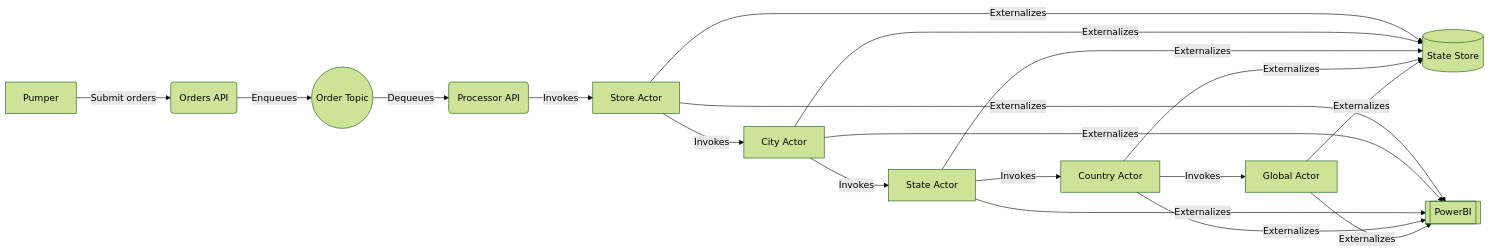
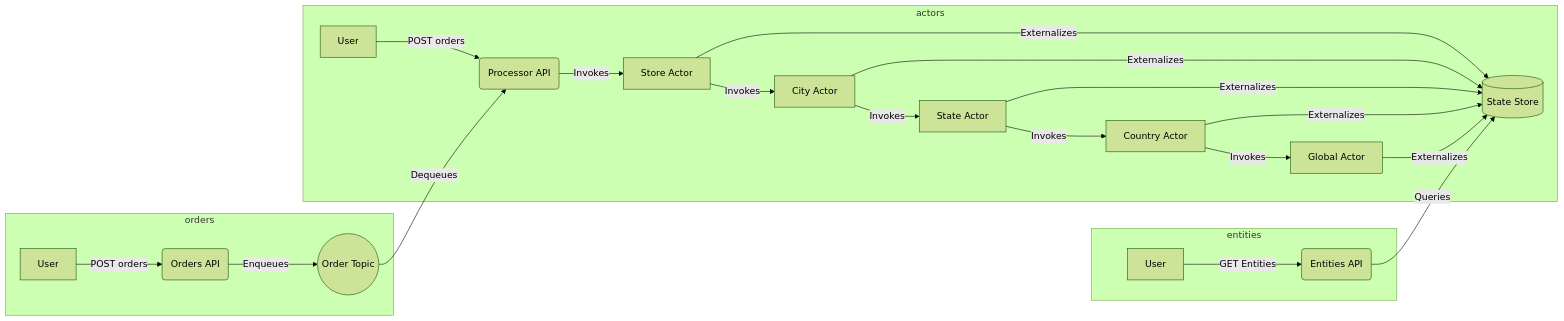
The diagram in README.md (khaledhikmat/store-manager), drawn with Mermaid (forest theme) before and after one commit. The commit also changed other lines of this file, not shown here.

Commit message:
Improved Mermaid

````diff
--- a/README.md
+++ b/README.md
@@ -1,21 +1,25 @@
 ```mermaid
 graph LR
-    A[Pumper] -->|Submit orders| B(Orders API)
-    B --> |Enqueues| C((Order Topic))
+    subgraph orders
+    A[User] -->|POST orders| B(Orders API)
+    B --> |Enqueues| C((Order Topic)) 
+    end
+    subgraph actors
+    U[User] -->|POST orders| D(Orders API)
     C -->|Dequeues| D(Processor API)
     D -->|Invokes| E[Store Actor]
     E -->|Invokes| F[City Actor]
     F -->|Invokes| G[State Actor]
     G -->|Invokes| H[Country Actor]
     H -->|Invokes| I[Global Actor]
     E -->|Externalizes| J[(State Store)] 
     F -->|Externalizes| J[(State Store)]
     G -->|Externalizes| J[(State Store)]
     H -->|Externalizes| J[(State Store)]
     I -->|Externalizes| J[(State Store)]    
-    E -->|Externalizes| K[[PowerBI]] 
-    F -->|Externalizes| K[[PowerBI]]
-    G -->|Externalizes| K[[PowerBI]]
-    H -->|Externalizes| K[[PowerBI]]
-    I -->|Externalizes| K[[PowerBI]]    
+    end
+    subgraph entities
+    K[User] -->|GET Entities| L(Entities API)
+    L --> |Queries| J[(State Store)]
+    end
 ```
````
